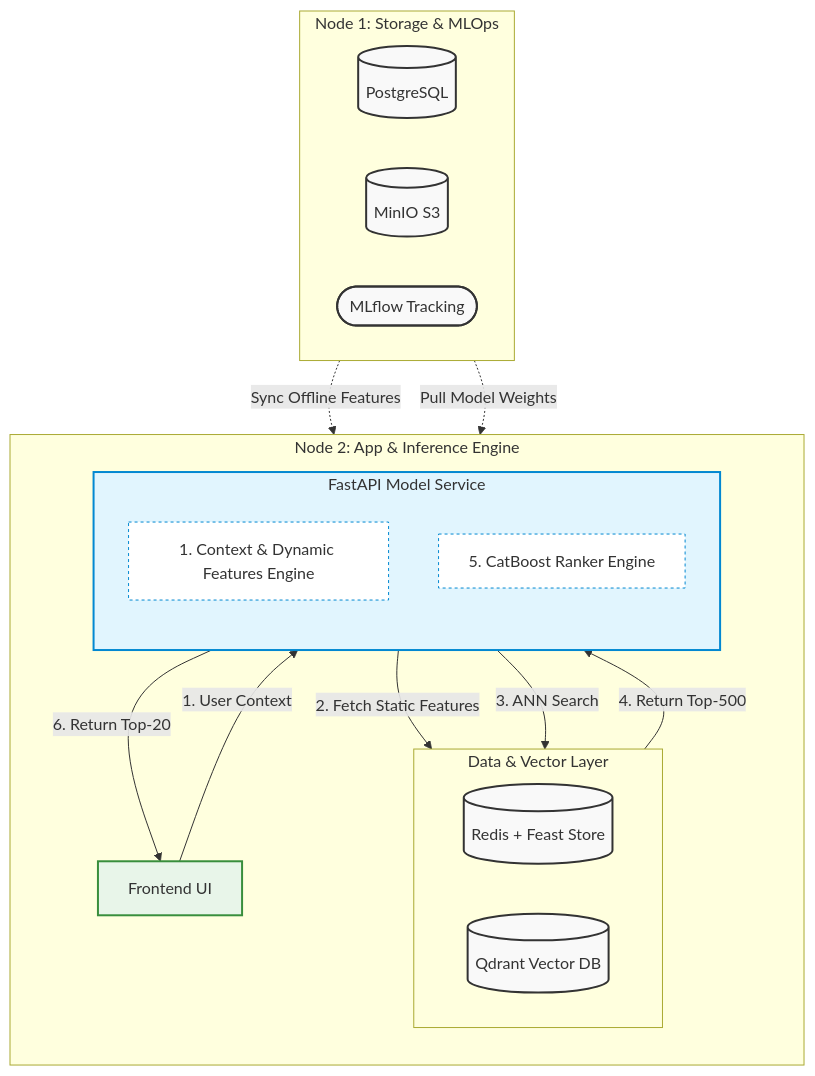
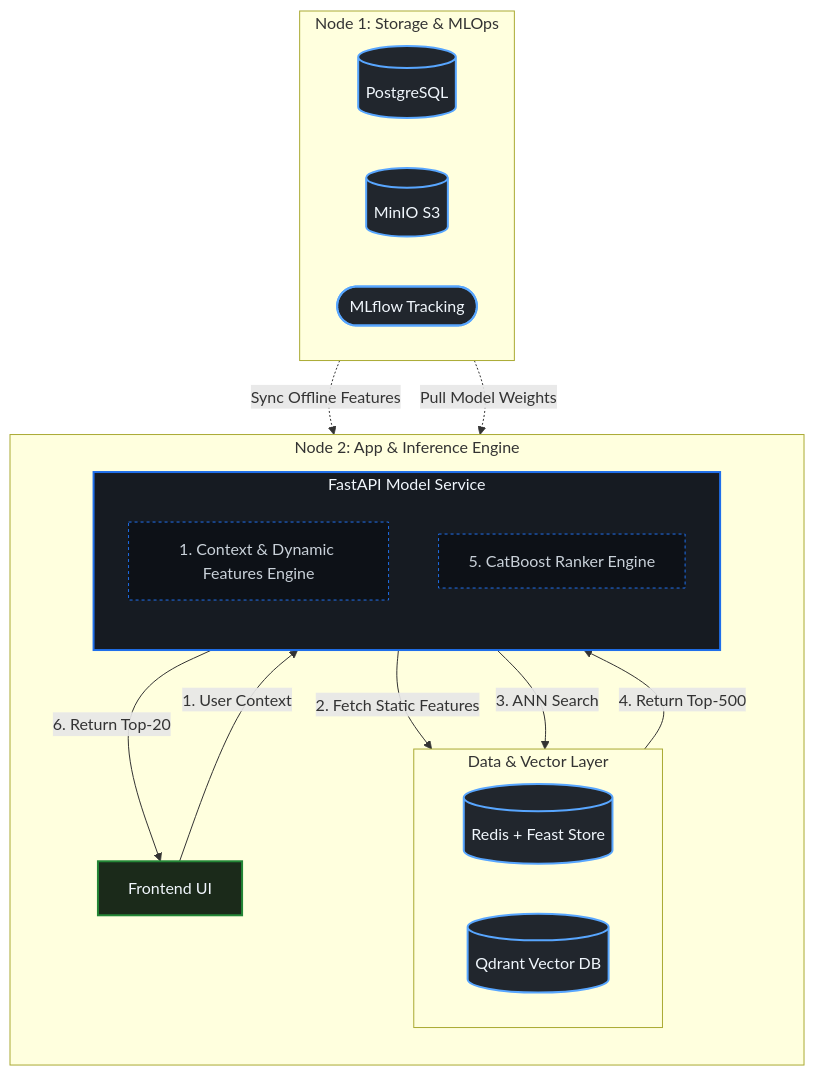
One commit to ubutt0n/amazon_recsys changed the diagram in README.md. Above: the diagram before and after it, drawn with Mermaid. The commit also changed other lines of this file, not shown here.

Commit message:
fix readme colors

````diff
--- a/README.md
+++ b/README.md
@@ -21,47 +21,45 @@
 ```mermaid
 graph TB
-    classDef storage fill:#f9f9f9,stroke:#333,stroke-width:2px;
-    classDef service fill:#e1f5fe,stroke:#0288d1,stroke-width:2px;
-    classDef internal fill:#fff,stroke:#0288d1,stroke-width:1px,stroke-dasharray: 3 3;
-    classDef ui fill:#e8f5e9,stroke:#388e3c,stroke-width:2px;
+    classDef storage fill:#21262d,stroke:#58a6ff,stroke-width:2px,color:#f0f6fc;
+    classDef service fill:#161b22,stroke:#1f6feb,stroke-width:2px,color:#f0f6fc;
+    classDef internal fill:#0d1117,stroke:#1f6feb,stroke-width:1px,stroke-dasharray: 3 3,color:#c9d1d9;
+    classDef ui fill:#1b2a1a,stroke:#238636,stroke-width:2px,color:#f0f6fc;
 
     subgraph Node1 [Node 1: Storage & MLOps]
         direction LR
         Postgres[(PostgreSQL)]
         MinIO[(MinIO S3)]
         MLflow([MLflow Tracking])
     end
 
     subgraph Node2 [Node 2: App & Inference Engine]
         direction TB
-        
         subgraph DB_Layer [Data & Vector Layer]
             direction LR
             Feast[(Redis + Feast Store)]
             Qdrant[(Qdrant Vector DB)]
         end
 
         Frontend[Frontend UI]
 
         subgraph AppService [FastAPI Model Service]
             direction TB
             PythonEngine[1. Context & Dynamic Features Engine]
             CatBoost[5. CatBoost Ranker Engine]
         end
 
         Frontend -->|1. User Context| PythonEngine
         PythonEngine -->|2. Fetch Static Features| Feast
         PythonEngine -->|3. ANN Search| Qdrant
         Qdrant -->|4. Return Top-500| CatBoost
         CatBoost -->|6. Return Top-20| Frontend
     end
 
     MinIO -.->|Pull Model Weights| AppService
-    
     Postgres -.->|Sync Offline Features| Feast
 
     class Postgres,MinIO,MLflow,Qdrant,Feast storage;
     class AppService service;
     class PythonEngine,CatBoost internal;
     class Frontend ui;
 ```
````
